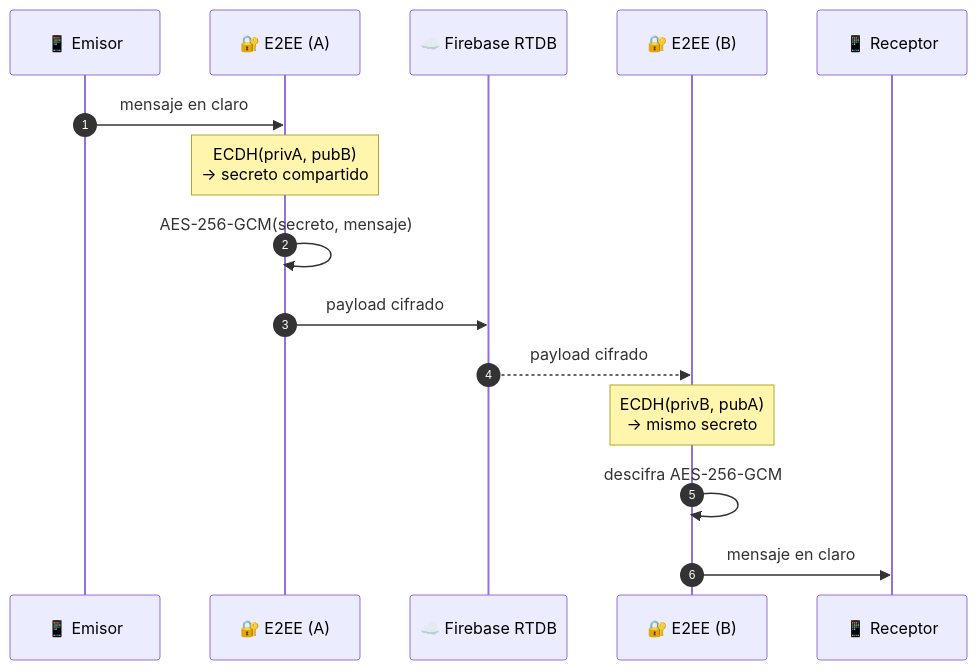
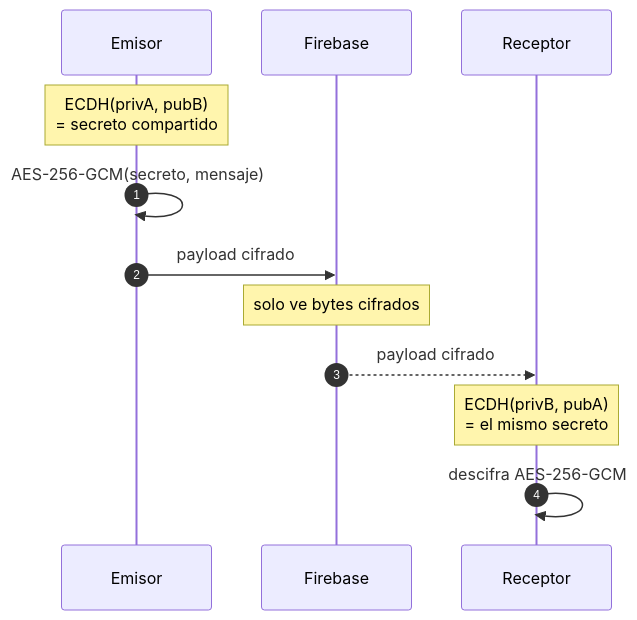
Before and after one commit to Azelmods677/NexusChat: the fourth of 6 diagrams in README.md, drawn with Mermaid. The commit also changed other lines of this file and 69 other files, not shown here.

````diff
--- a/README.md
+++ b/README.md
@@ -136,18 +189,15 @@
 ```mermaid
 sequenceDiagram
     autonumber
-    participant A as 📱 Emisor
-    participant EA as 🔐 E2EE (A)
-    participant FB as ☁️ Firebase RTDB
-    participant EB as 🔐 E2EE (B)
-    participant B as 📱 Receptor
+    participant A as Emisor
+    participant FB as Firebase
+    participant B as Receptor
 
-    A->>EA: mensaje en claro
-    Note over EA: ECDH(privA, pubB)<br/>→ secreto compartido
-    EA->>EA: AES-256-GCM(secreto, mensaje)
-    EA->>FB: payload cifrado
-    FB-->>EB: payload cifrado
-    Note over EB: ECDH(privB, pubA)<br/>→ mismo secreto
-    EB->>EB: descifra AES-256-GCM
-    EB->>B: mensaje en claro
+    Note over A: ECDH(privA, pubB)<br/>= secreto compartido
+    A->>A: AES-256-GCM(secreto, mensaje)
+    A->>FB: payload cifrado
+    Note over FB: solo ve bytes cifrados
+    FB-->>B: payload cifrado
+    Note over B: ECDH(privB, pubA)<br/>= el mismo secreto
+    B->>B: descifra AES-256-GCM
 ```
````
